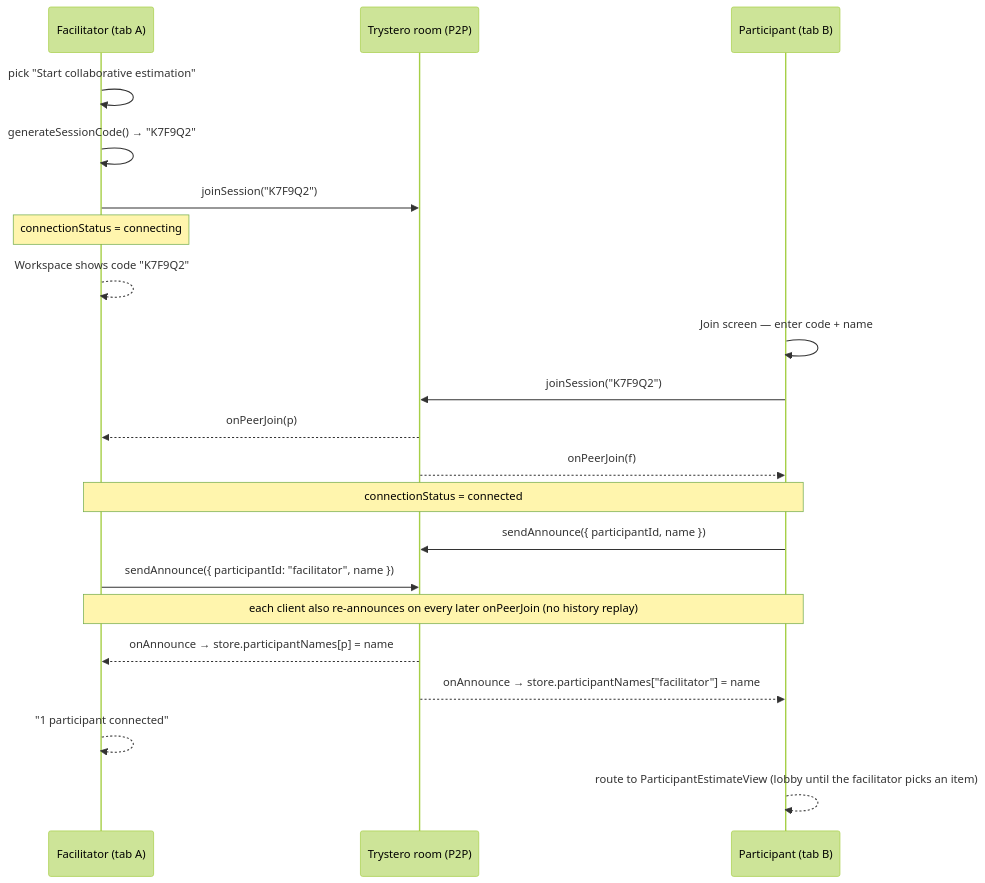
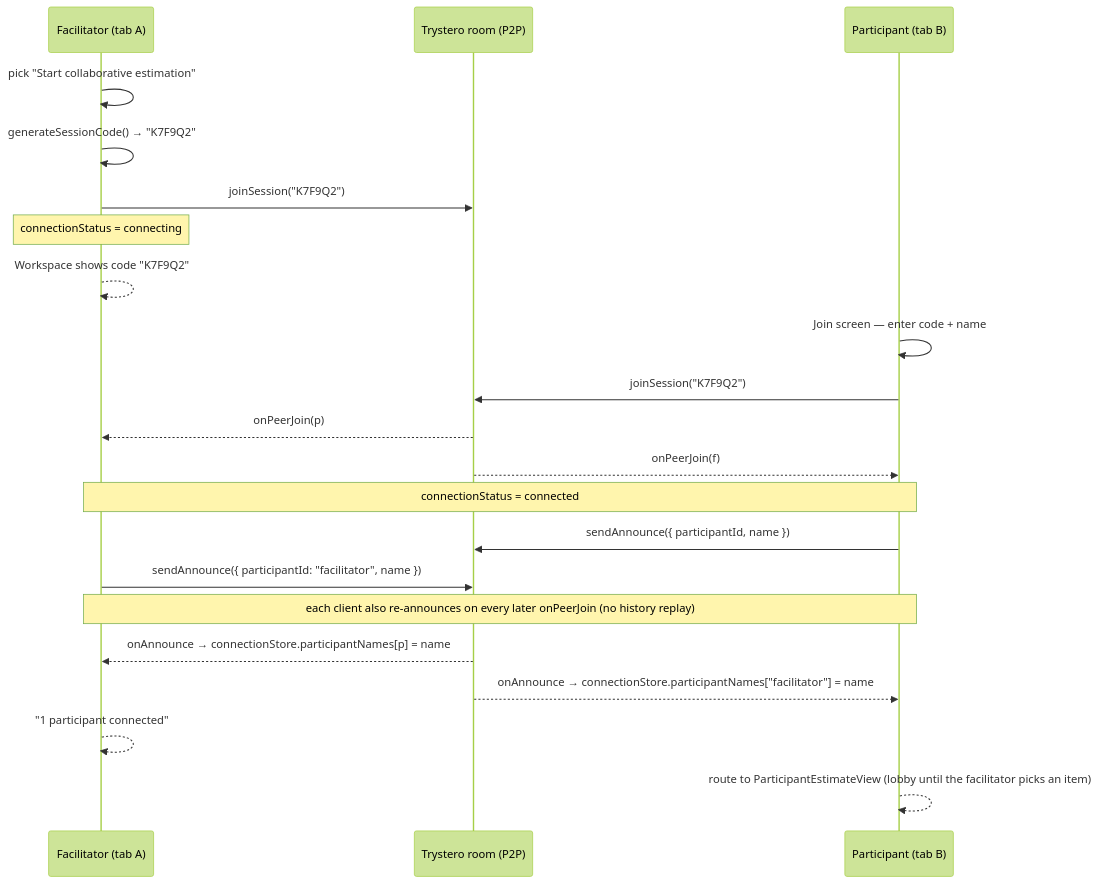
Before and after one commit to cfisch3r/estimate: the second of 8 diagrams in docs/concepts/collaboration-mode.md, drawn with Mermaid (forest theme). The commit also changed other lines of this file and 34 other files, not shown here.

First line of the commit message:
feat: decompose monolithic session store into session/connection/round (#120)

````diff
--- a/docs/concepts/collaboration-mode.md
+++ b/docs/concepts/collaboration-mode.md
@@ -138,25 +147,25 @@
 ```mermaid
 sequenceDiagram
   participant F as Facilitator (tab A)
   participant R as Trystero room (P2P)
   participant P as Participant (tab B)
 
   F->>F: pick "Start collaborative estimation"
   F->>F: generateSessionCode() → "K7F9Q2"
   F->>R: joinSession("K7F9Q2")
   Note over F: connectionStatus = connecting
   F-->>F: Workspace shows code "K7F9Q2"
 
   P->>P: Join screen — enter code + name
   P->>R: joinSession("K7F9Q2")
   R-->>F: onPeerJoin(p)
   R-->>P: onPeerJoin(f)
   Note over F,P: connectionStatus = connected
   P->>R: sendAnnounce({ participantId, name })
   F->>R: sendAnnounce({ participantId: "facilitator", name })
   Note over F,P: each client also re-announces on every later onPeerJoin (no history replay)
-  R-->>F: onAnnounce → store.participantNames[p] = name
-  R-->>P: onAnnounce → store.participantNames["facilitator"] = name
+  R-->>F: onAnnounce → connectionStore.participantNames[p] = name
+  R-->>P: onAnnounce → connectionStore.participantNames["facilitator"] = name
   F-->>F: "1 participant connected"
   P-->>P: route to ParticipantEstimateView (lobby until the facilitator picks an item)
 ```
````
